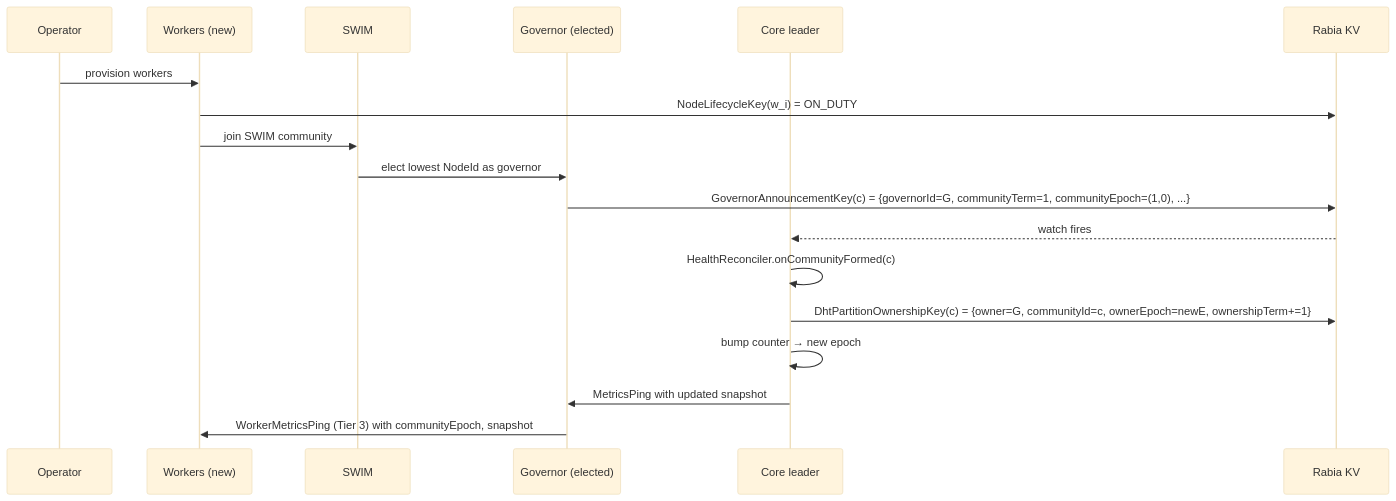
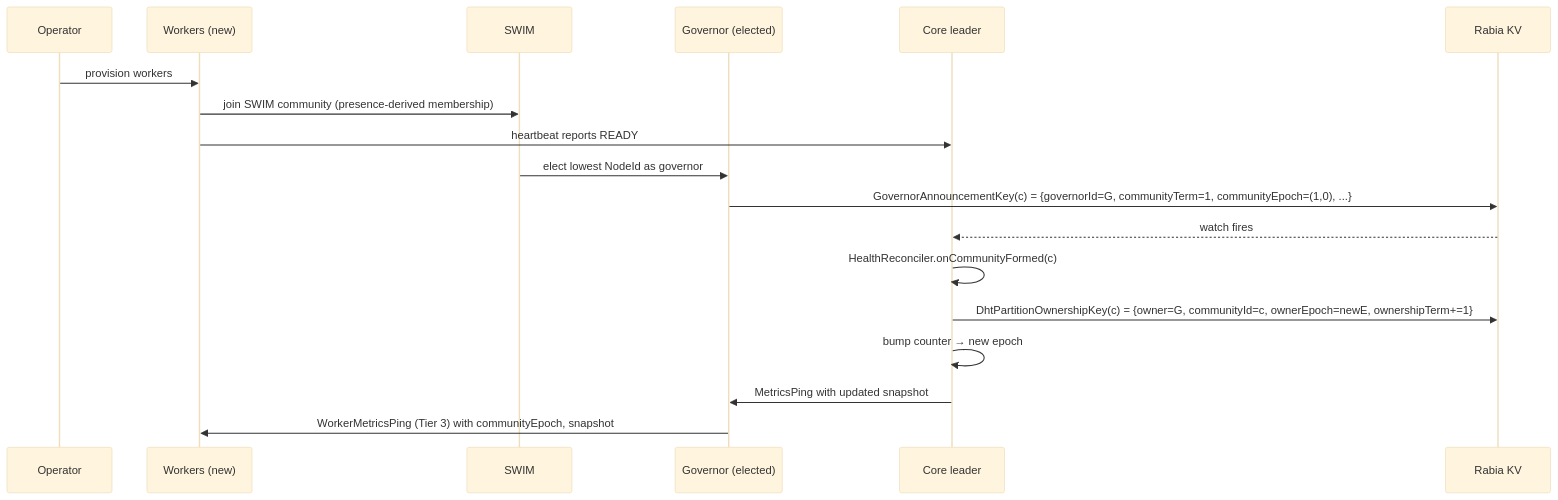
One commit to pragmaticalabs/pragmatica changed the first of 2 diagrams in aether/docs/specs/cluster-generation-spec.md. Above: the diagram before and after it, drawn with Mermaid (base theme). The commit also changed other lines of this file and 46 other files, not shown here.

Commit message:
docs: remove scrapped pre-v2 membership specs and neutralize node-state-in-KV references in docs and comments; reconcile management-api/cli to code

````diff
--- a/aether/docs/specs/cluster-generation-spec.md
+++ b/aether/docs/specs/cluster-generation-spec.md
@@ -411,21 +406,21 @@
 ```mermaid
 sequenceDiagram
     participant Op as Operator
     participant W as Workers (new)
     participant SWIM
     participant G as Governor (elected)
     participant L as Core leader
     participant KV as Rabia KV
 
     Op->>W: provision workers
-    W->>KV: NodeLifecycleKey(w_i) = ON_DUTY
-    W->>SWIM: join SWIM community
+    W->>SWIM: join SWIM community (presence-derived membership)
+    W->>L: heartbeat reports READY
     SWIM->>G: elect lowest NodeId as governor
     G->>KV: GovernorAnnouncementKey(c) = {governorId=G, communityTerm=1, communityEpoch=(1,0), ...}
     KV-->>L: watch fires
     L->>L: HealthReconciler.onCommunityFormed(c)
     L->>KV: DhtPartitionOwnershipKey(c) = {owner=G, communityId=c, ownerEpoch=newE, ownershipTerm+=1}
     L->>L: bump counter → new epoch
     L->>G: MetricsPing with updated snapshot
     G->>W: WorkerMetricsPing (Tier 3) with communityEpoch, snapshot
 ```
````
